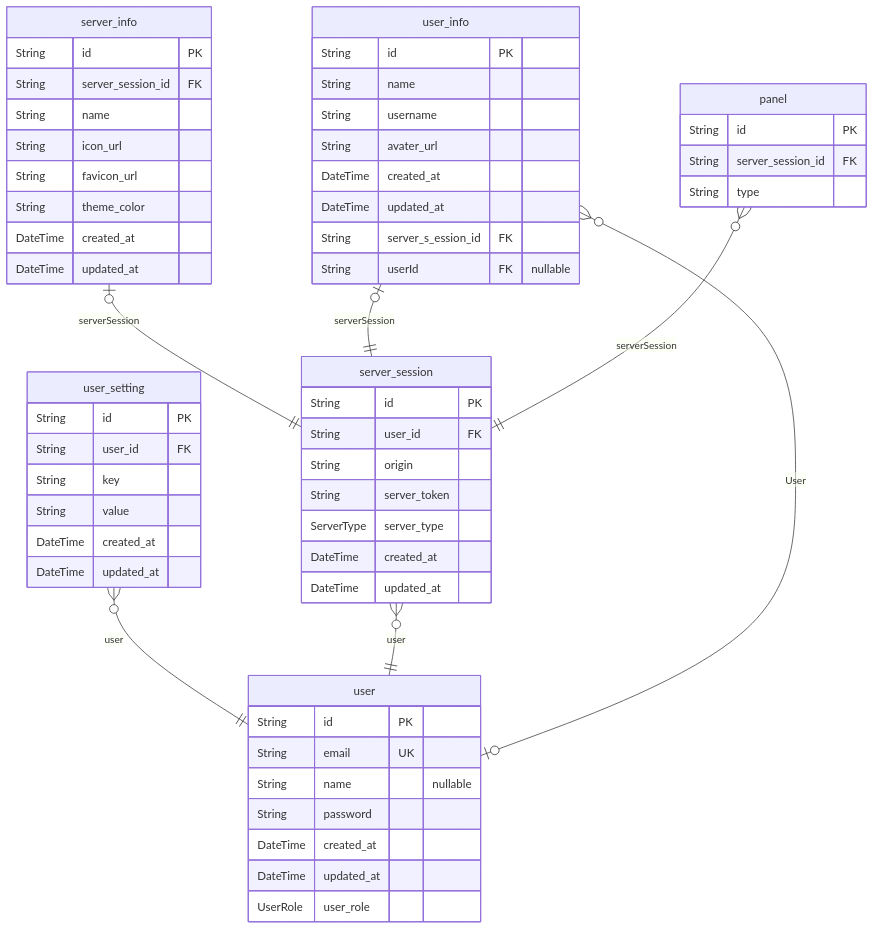
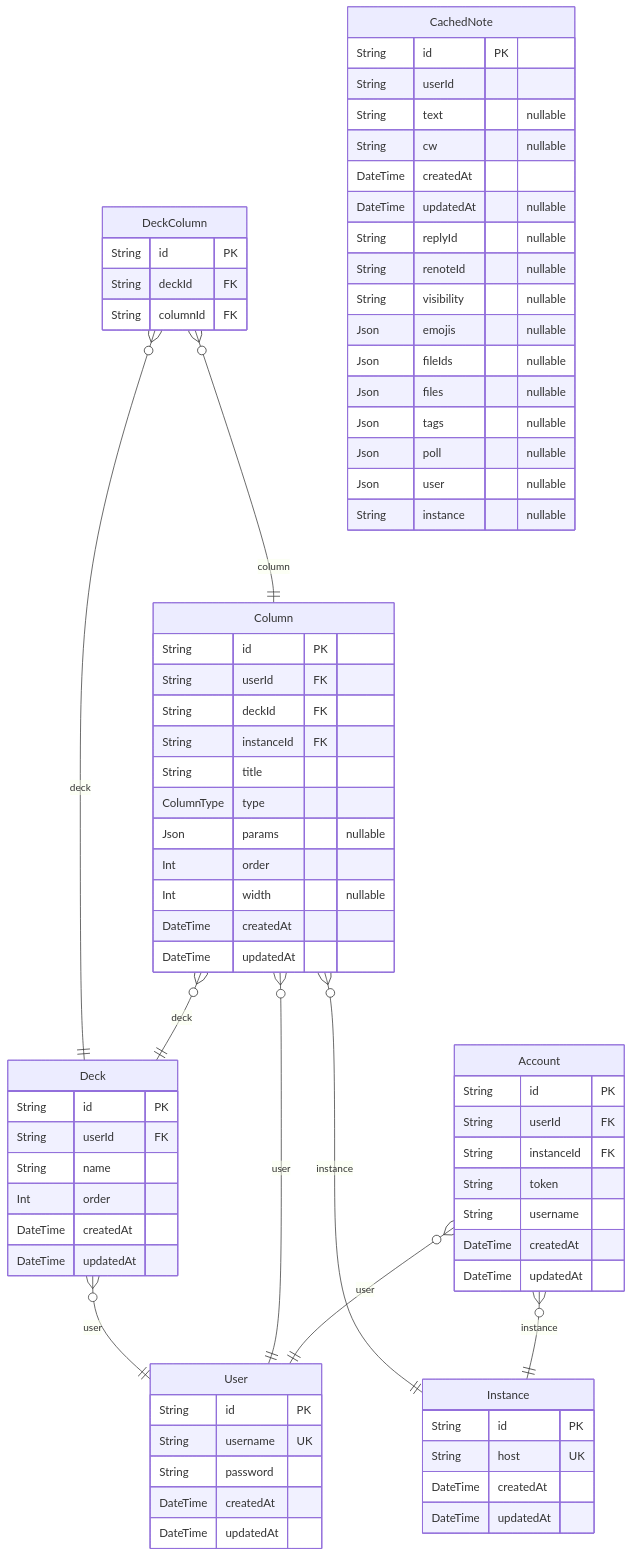
Before and after one commit to mochi-sann/mi-deck: the diagram in apps/server/prisma/ERD.md, drawn with Mermaid. The commit also changed other lines of this file and 3 other files, not shown here.

````diff
--- a/apps/server/prisma/ERD.md
+++ b/apps/server/prisma/ERD.md
@@ -7,60 +7,77 @@
 ```mermaid
 erDiagram
-"user" {
+"User" {
   String id PK
-  String email UK
-  String name "nullable"
+  String username UK
   String password
-  DateTime created_at
-  DateTime updated_at
-  UserRole user_role
+  DateTime createdAt
+  DateTime updatedAt
 }
-"user_setting" {
+"Account" {
   String id PK
-  String user_id FK
-  String key
-  String value
-  DateTime created_at
-  DateTime updated_at
+  String userId FK
+  String instanceId FK
+  String token
+  String username
+  DateTime createdAt
+  DateTime updatedAt
 }
-"server_session" {
+"Instance" {
   String id PK
-  String user_id FK
-  String origin
-  String server_token
-  ServerType server_type
-  DateTime created_at
-  DateTime updated_at
+  String host UK
+  DateTime createdAt
+  DateTime updatedAt
 }
-"server_info" {
+"Column" {
   String id PK
-  String server_session_id FK
+  String userId FK
+  String deckId FK
+  String instanceId FK
+  String title
+  ColumnType type
+  Json params "nullable"
+  Int order
+  Int width "nullable"
+  DateTime createdAt
+  DateTime updatedAt
+}
+"Deck" {
+  String id PK
+  String userId FK
   String name
-  String icon_url
-  String favicon_url
-  String theme_color
-  DateTime created_at
-  DateTime updated_at
+  Int order
+  DateTime createdAt
+  DateTime updatedAt
 }
-"user_info" {
+"DeckColumn" {
   String id PK
-  String name
-  String username
-  String avater_url
-  DateTime created_at
-  DateTime updated_at
-  String server_s_ession_id FK
-  String userId FK "nullable"
+  String deckId FK
+  String columnId FK
 }
-"panel" {
+"CachedNote" {
   String id PK
-  String server_session_id FK
-  String type
+  String userId
+  String text "nullable"
+  String cw "nullable"
+  DateTime createdAt
+  DateTime updatedAt "nullable"
+  String replyId "nullable"
+  String renoteId "nullable"
+  String visibility "nullable"
+  Json emojis "nullable"
+  Json fileIds "nullable"
+  Json files "nullable"
+  Json tags "nullable"
+  Json poll "nullable"
+  Json user "nullable"
+  String instance "nullable"
 }
-"user_setting" }o--|| "user" : user
-"server_session" }o--|| "user" : user
-"server_info" |o--|| "server_session" : serverSession
-"user_info" |o--|| "server_session" : serverSession
-"user_info" }o--o| "user" : User
-"panel" }o--|| "server_session" : serverSession
+"Account" }o--|| "User" : user
+"Account" }o--|| "Instance" : instance
+"Column" }o--|| "User" : user
+"Column" }o--|| "Deck" : deck
+"Column" }o--|| "Instance" : instance
+"Deck" }o--|| "User" : user
+"DeckColumn" }o--|| "Deck" : deck
+"DeckColumn" }o--|| "Column" : column
 ```
````
